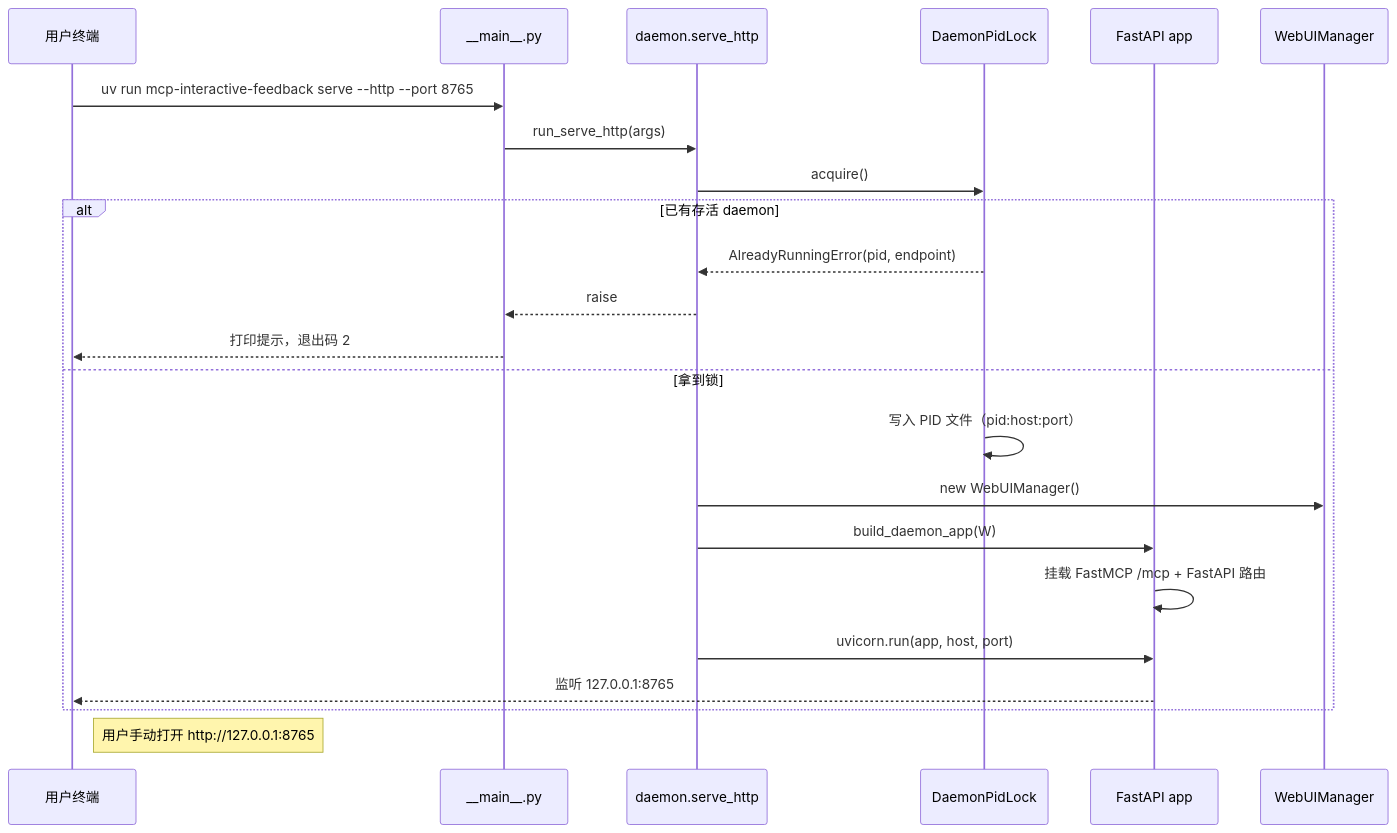
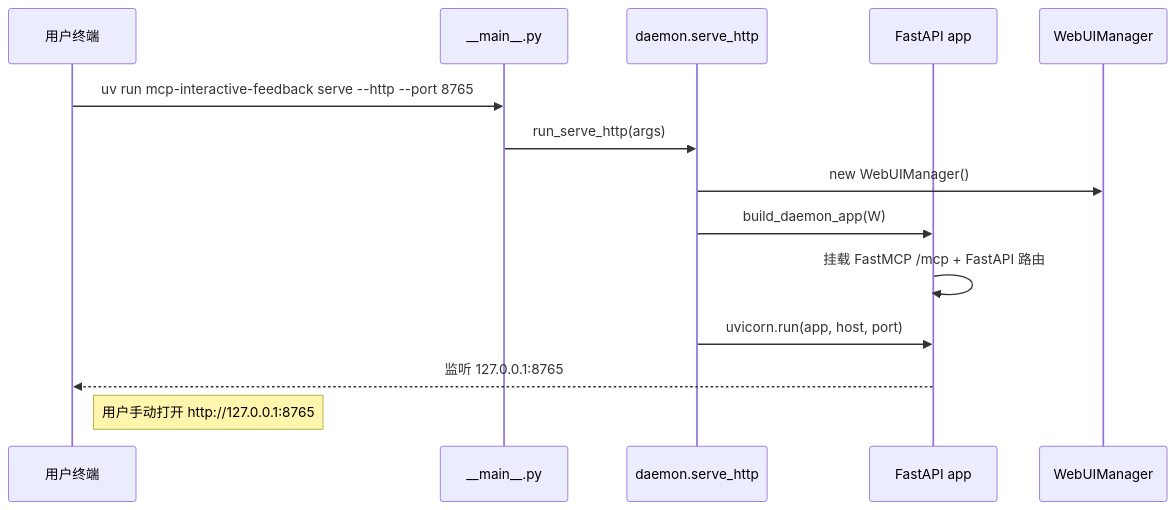
One commit to 0xlane/mcp-interactive-feedback-multi-session changed the first of 9 diagrams in docs/architecture/interaction-flows.md. Above: the diagram before and after it, drawn with Mermaid. The commit also changed other lines of this file and 14 other files, not shown here.

First line of the commit message:
refactor: remove daemon PID lock single-instance detection

````diff
--- a/docs/architecture/interaction-flows.md
+++ b/docs/architecture/interaction-flows.md
@@ -11,27 +11,18 @@
 ```mermaid
 sequenceDiagram
     participant U as 用户终端
     participant M as __main__.py
     participant D as daemon.serve_http
-    participant L as DaemonPidLock
     participant F as FastAPI app
     participant W as WebUIManager
 
     U->>M: uv run mcp-interactive-feedback serve --http --port 8765
     M->>D: run_serve_http(args)
-    D->>L: acquire()
-    alt 已有存活 daemon
-        L-->>D: AlreadyRunningError(pid, endpoint)
-        D-->>M: raise
-        M-->>U: 打印提示，退出码 2
-    else 拿到锁
-        L->>L: 写入 PID 文件（pid:host:port）
-        D->>W: new WebUIManager()
-        D->>F: build_daemon_app(W)
-        F->>F: 挂载 FastMCP /mcp + FastAPI 路由
-        D->>F: uvicorn.run(app, host, port)
-        F-->>U: 监听 127.0.0.1:8765
-    end
+    D->>W: new WebUIManager()
+    D->>F: build_daemon_app(W)
+    F->>F: 挂载 FastMCP /mcp + FastAPI 路由
+    D->>F: uvicorn.run(app, host, port)
+    F-->>U: 监听 127.0.0.1:8765
 
     Note right of U: 用户手动打开 http://127.0.0.1:8765
 ```
````
